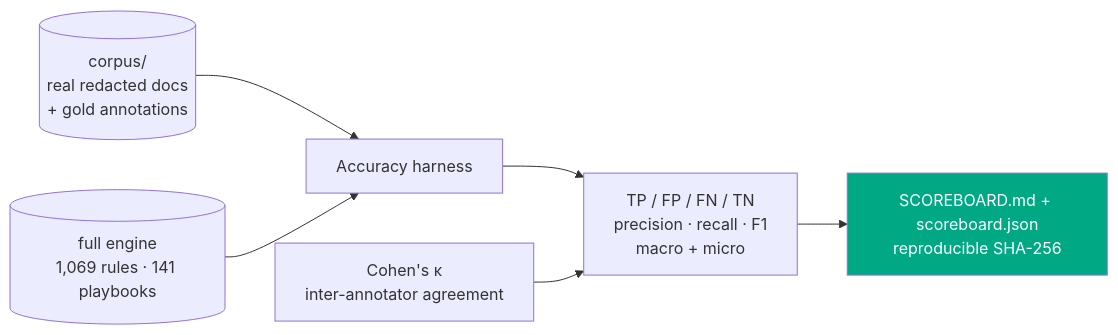
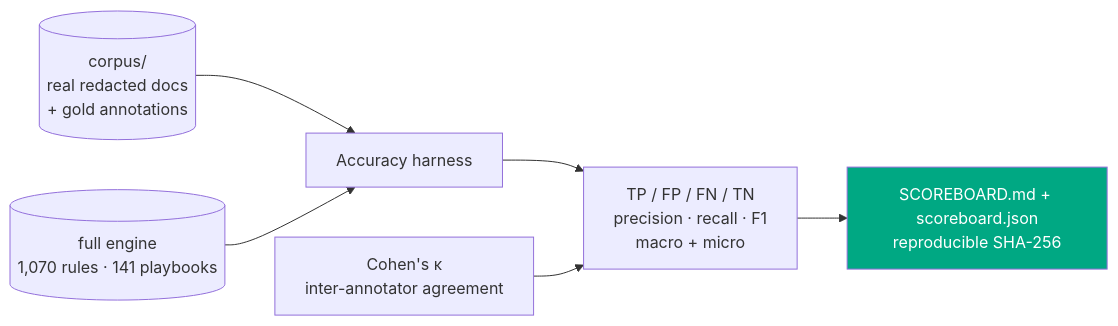
The seventh of 11 diagrams in README.md (clay-good/vaulytica), drawn with Mermaid before and after one commit. The commit also changed other lines of this file and 363 other files, not shown here.

````diff
--- a/README.md
+++ b/README.md
@@ -1204,9 +1204,9 @@
 ```mermaid
 flowchart LR
   C[(corpus/<br/>real redacted docs<br/>+ gold annotations)] --> H[Accuracy harness]
-  R[(full engine<br/>1,069 rules · 141 playbooks)] --> H
+  R[(full engine<br/>1,070 rules · 141 playbooks)] --> H
   H --> M[TP / FP / FN / TN<br/>precision · recall · F1<br/>macro + micro]
   M --> S[SCOREBOARD.md + scoreboard.json<br/>reproducible SHA-256]
   K[Cohen's κ<br/>inter-annotator agreement] --> M
   style S fill:#00A883,color:#fff
 ```
````
